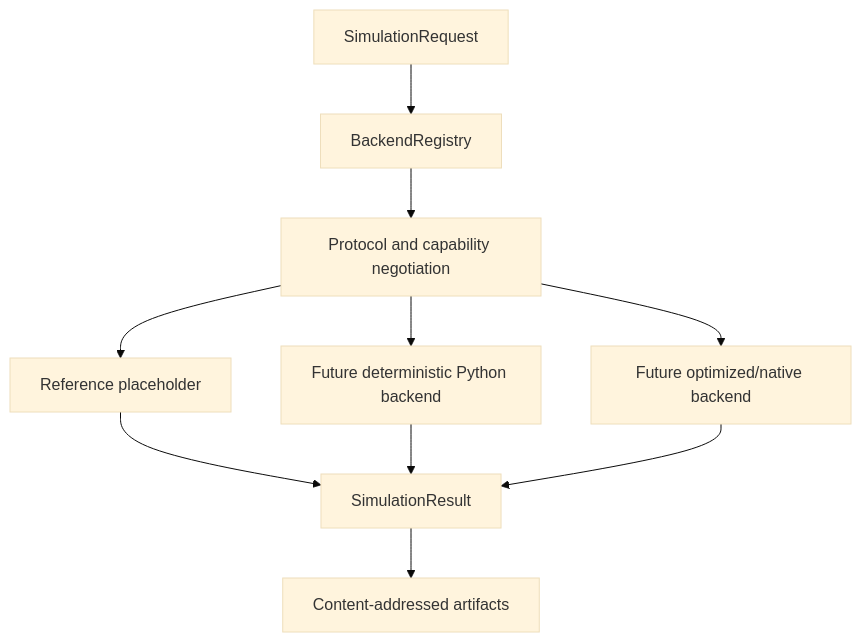
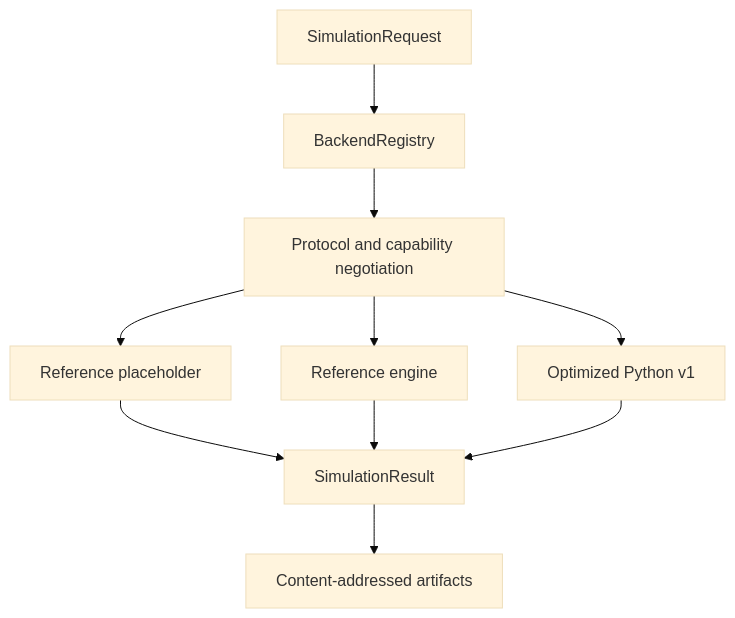
Before and after one commit to DeliciousBuding/arena-hero-lab: the first of 2 diagrams in docs/simulator-platform.md, drawn with Mermaid (base theme). The commit also changed other lines of this file and 4 other files, not shown here.

Commit message:
docs: define optimized backend evidence boundaries

````diff
--- a/docs/simulator-platform.md
+++ b/docs/simulator-platform.md
@@ -14,12 +17,12 @@
 ```mermaid
 graph TD
     REQUEST["SimulationRequest"] --> REGISTRY["BackendRegistry"]
     REGISTRY --> NEGOTIATE["Protocol and capability negotiation"]
-    NEGOTIATE --> REF["Reference placeholder"]
-    NEGOTIATE --> PY["Future deterministic Python backend"]
-    NEGOTIATE --> NATIVE["Future optimized/native backend"]
-    REF --> RESULT["SimulationResult"]
-    PY --> RESULT
-    NATIVE --> RESULT
+    NEGOTIATE --> PLACEHOLDER["Reference placeholder"]
+    NEGOTIATE --> REF["Reference engine"]
+    NEGOTIATE --> OPT["Optimized Python v1"]
+    PLACEHOLDER --> RESULT["SimulationResult"]
+    REF --> RESULT
+    OPT --> RESULT
     RESULT --> ARTIFACTS["Content-addressed artifacts"]
 ```
````
